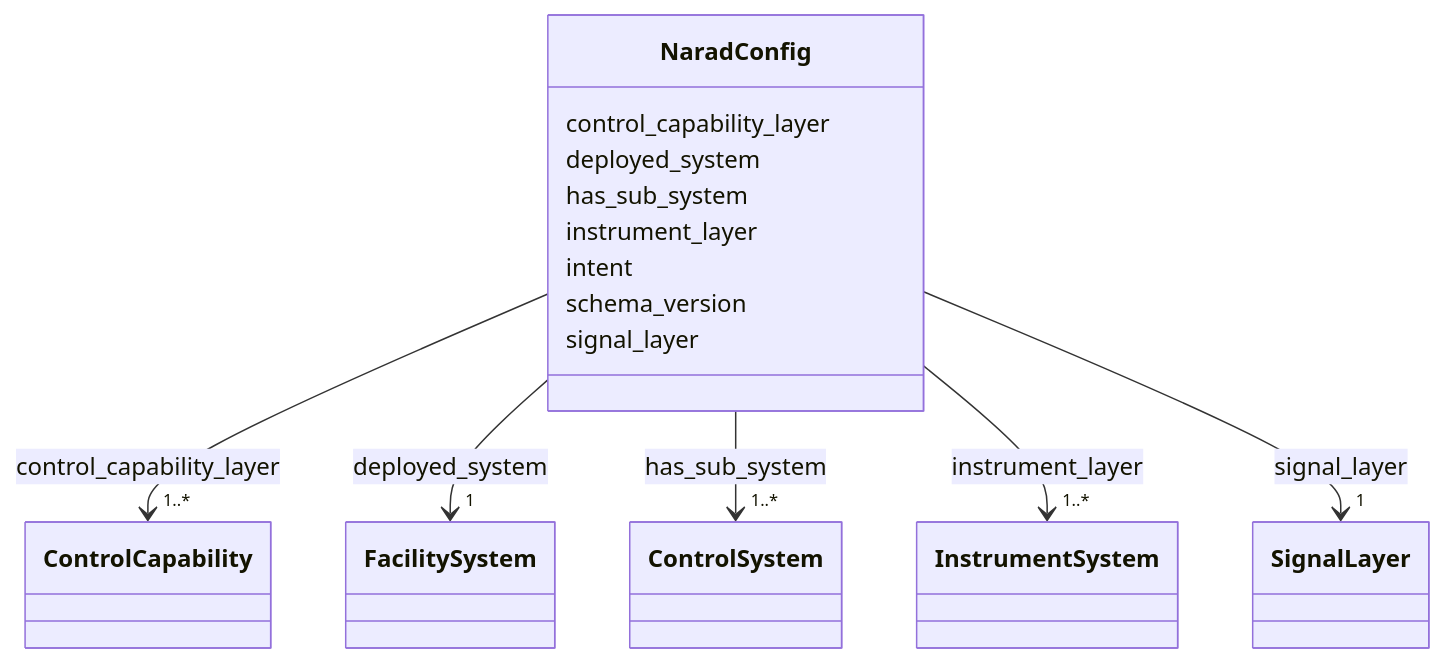
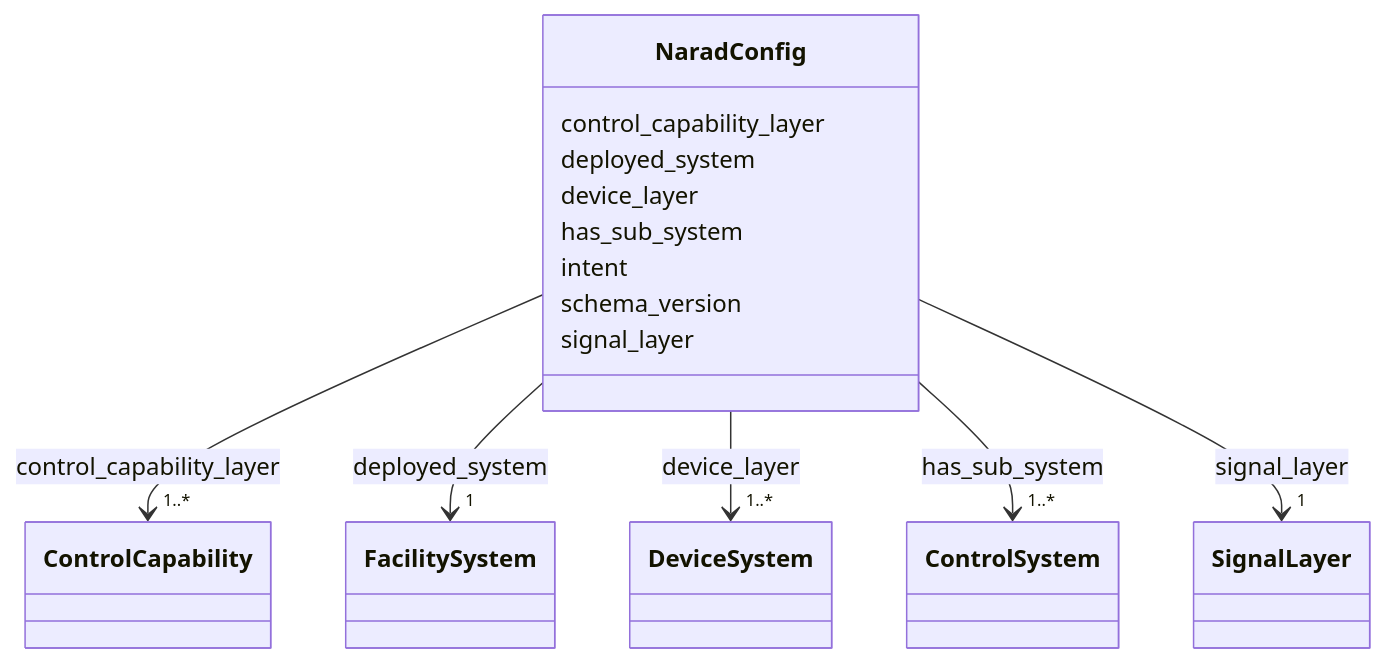
Before and after one commit to pals-project/pals-facility-config: the diagram in docs/elements/NaradConfig.md, drawn with Mermaid. The commit also changed other lines of this file and 39 other files, not shown here.

````diff
--- a/docs/elements/NaradConfig.md
+++ b/docs/elements/NaradConfig.md
@@ -18,65 +18,65 @@
 ```mermaid
  classDiagram
     class NaradConfig
     click NaradConfig href "../NaradConfig/"
       NaradConfig : control_capability_layer
         
           
     
         
         
         NaradConfig --> "1..*" ControlCapability : control_capability_layer
         click ControlCapability href "../ControlCapability/"
     
 
         
       NaradConfig : deployed_system
         
           
     
         
         
         NaradConfig --> "1" FacilitySystem : deployed_system
         click FacilitySystem href "../FacilitySystem/"
     
 
         
+      NaradConfig : device_layer
+        
+          
+    
+        
+        
+        NaradConfig --> "1..*" DeviceSystem : device_layer
+        click DeviceSystem href "../DeviceSystem/"
+    
+
+        
       NaradConfig : has_sub_system
         
           
     
         
         
         NaradConfig --> "1..*" ControlSystem : has_sub_system
         click ControlSystem href "../ControlSystem/"
-    
-
-        
-      NaradConfig : instrument_layer
-        
-          
-    
-        
-        
-        NaradConfig --> "1..*" InstrumentSystem : instrument_layer
-        click InstrumentSystem href "../InstrumentSystem/"
     
 
         
       NaradConfig : intent
         
       NaradConfig : schema_version
         
       NaradConfig : signal_layer
         
           
     
         
         
         NaradConfig --> "1" SignalLayer : signal_layer
         click SignalLayer href "../SignalLayer/"
     
 
         
       
 ```
````
